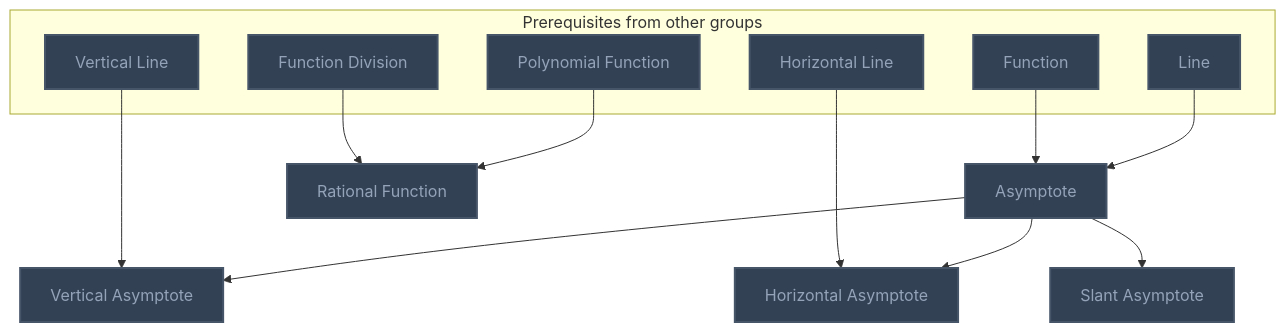
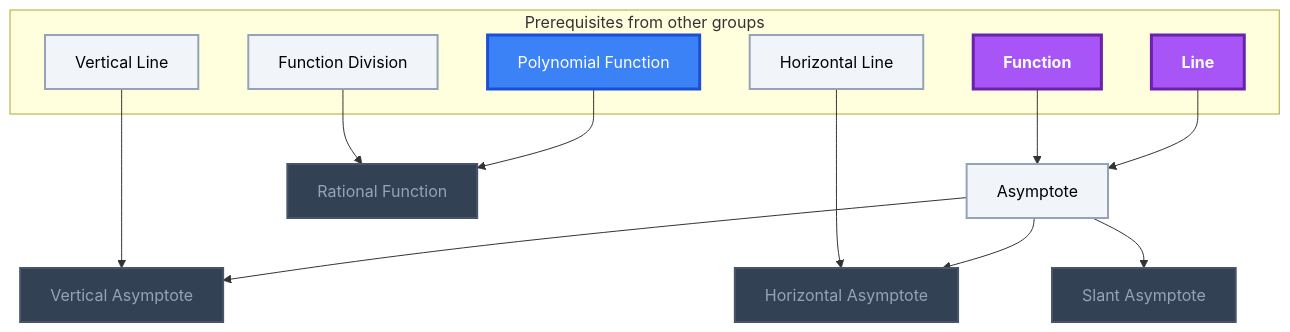
The fourth of 11 diagrams in Gamification/Skill Trees/Pre-Calculus.md (MRauf1/My-Notes), drawn with Mermaid before and after one commit. The commit also changed other lines of this file and 156 other files, not shown here.

````diff
--- a/Gamification/Skill Trees/Pre-Calculus.md
+++ b/Gamification/Skill Trees/Pre-Calculus.md
@@ -332,36 +340,39 @@
 ```mermaid
 flowchart TD
     classDef planned fill:#1E293B,stroke:#64748B,stroke-width:2px,stroke-dasharray:5 5,color:#94A3B8;
     classDef locked fill:#334155,stroke:#475569,stroke-width:2px,color:#94A3B8;
     classDef L0 fill:#F1F5F9,stroke:#94A3B8,stroke-width:2px,color:#000000;
     classDef L1 fill:#22C55E,stroke:#15803D,stroke-width:2px,color:#000000;
     classDef L2 fill:#3B82F6,stroke:#1D4ED8,stroke-width:3px,color:#FFFFFF;
     classDef L3 fill:#A855F7,stroke:#6B21A8,stroke-width:3px,color:#FFFFFF,font-weight:bold;
     classDef L4 fill:#F97316,stroke:#C2410C,stroke-width:4px,color:#000000,font-weight:bold;
     classDef L5 fill:#FFD700,stroke:#FF8C00,stroke-width:5px,color:#000000,font-weight:bold;
     classDef rusty stroke:#8B4513,stroke-width:4px,stroke-dasharray:3 3;
     subgraph sg_prereqs["Prerequisites from other groups"]
         n_function["Function"]
         n_line["Line"]
         n_function_division["Function Division"]
         n_polynomial_function["Polynomial Function"]
         n_vertical_line["Vertical Line"]
         n_horizontal_line["Horizontal Line"]
     end
     n_asymptote["Asymptote"]
     n_rational_function["Rational Function"]
     n_vertical_asymptote["Vertical Asymptote"]
     n_horizontal_asymptote["Horizontal Asymptote"]
     n_slant_asymptote["Slant Asymptote"]
     n_function --> n_asymptote
     n_line --> n_asymptote
     n_function_division --> n_rational_function
     n_polynomial_function --> n_rational_function
     n_vertical_line --> n_vertical_asymptote
     n_asymptote --> n_vertical_asymptote
     n_horizontal_line --> n_horizontal_asymptote
     n_asymptote --> n_horizontal_asymptote
     n_asymptote --> n_slant_asymptote
-    class n_function,n_line,n_function_division,n_polynomial_function,n_vertical_line,n_horizontal_line,n_asymptote,n_rational_function,n_vertical_asymptote,n_horizontal_asymptote,n_slant_asymptote locked;
+    class n_rational_function,n_vertical_asymptote,n_horizontal_asymptote,n_slant_asymptote locked;
+    class n_function_division,n_vertical_line,n_horizontal_line,n_asymptote L0;
+    class n_polynomial_function L2;
+    class n_function,n_line L3;
     class n_function,n_line,n_function_division,n_polynomial_function,n_vertical_line,n_horizontal_line,n_asymptote,n_rational_function,n_vertical_asymptote,n_horizontal_asymptote,n_slant_asymptote internal-link;
 ```
````
